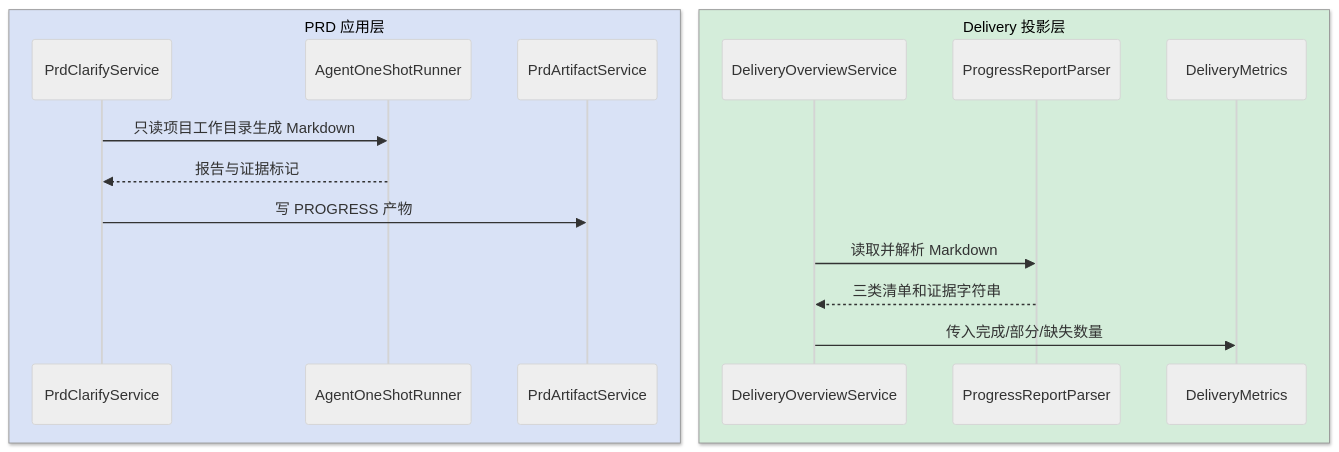
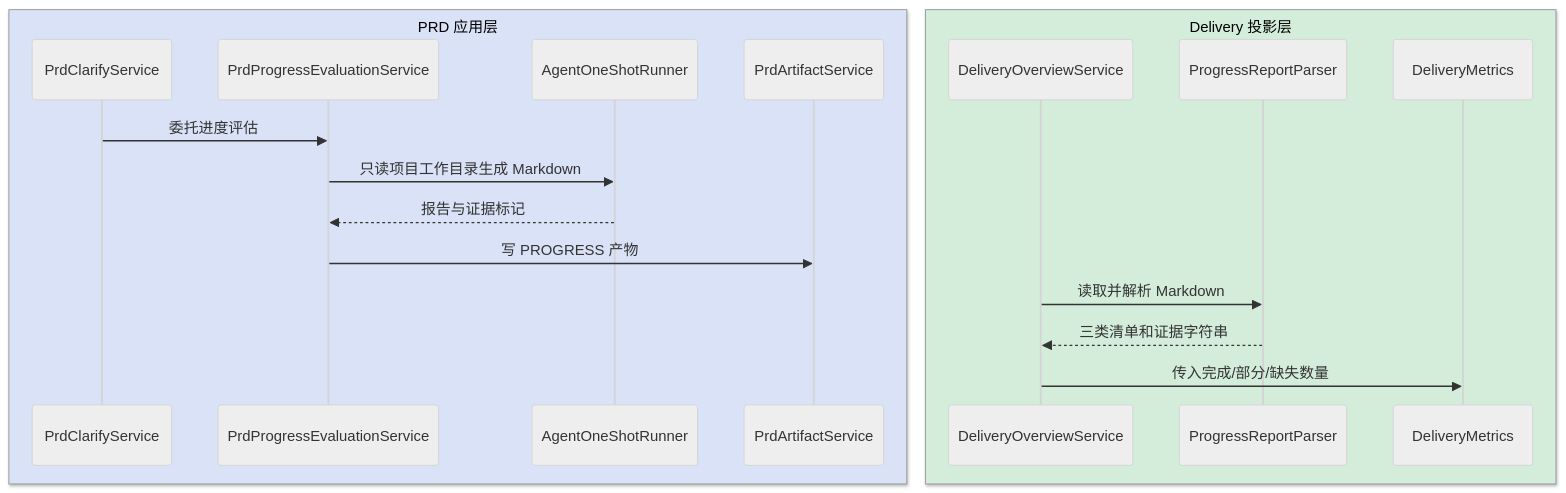
Before and after one commit to exception-coder/kai-toolbox: the second of 5 diagrams in docs/orientation/Delivery证据链/Delivery证据链-现状梳理.md, drawn with Mermaid (neutral theme). The commit also changed other lines of this file and 7 other files, not shown here.

First line of the commit message:
refactor(prd-clarify): 拆分进度评估服务职责

````diff
--- a/docs/orientation/Delivery证据链/Delivery证据链-现状梳理.md
+++ b/docs/orientation/Delivery证据链/Delivery证据链-现状梳理.md
@@ -68,19 +70,21 @@
 ```mermaid
 sequenceDiagram
     box rgb(217, 226, 246) PRD 应用层
-        participant PCS as PrdClarifyService
+        participant FACADE as PrdClarifyService
+        participant PCS as PrdProgressEvaluationService
         participant AGENT as AgentOneShotRunner
         participant ART as PrdArtifactService
     end
     box rgb(212, 237, 218) Delivery 投影层
         participant DOS as DeliveryOverviewService
         participant PARSER as ProgressReportParser
         participant METRICS as DeliveryMetrics
     end
+    FACADE->>PCS: 委托进度评估
     PCS->>AGENT: 只读项目工作目录生成 Markdown
     AGENT-->>PCS: 报告与证据标记
     PCS->>ART: 写 PROGRESS 产物
     DOS->>PARSER: 读取并解析 Markdown
     PARSER-->>DOS: 三类清单和证据字符串
     DOS->>METRICS: 传入完成/部分/缺失数量
 ```
````
